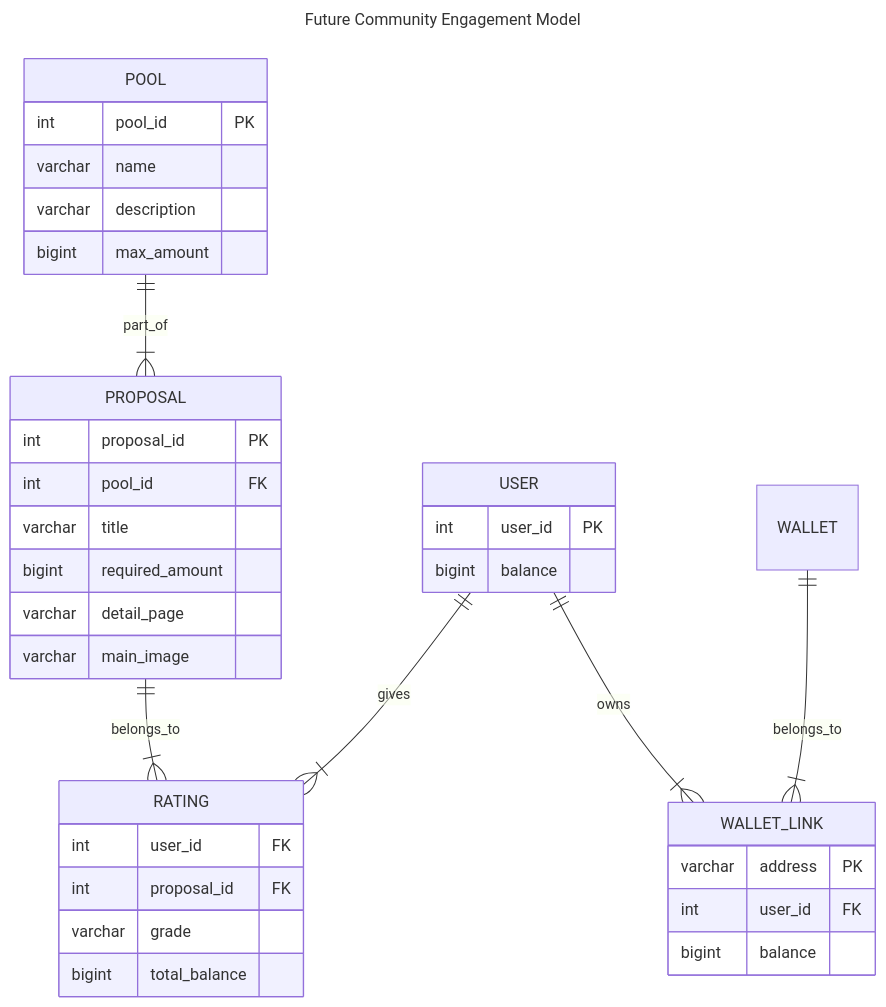
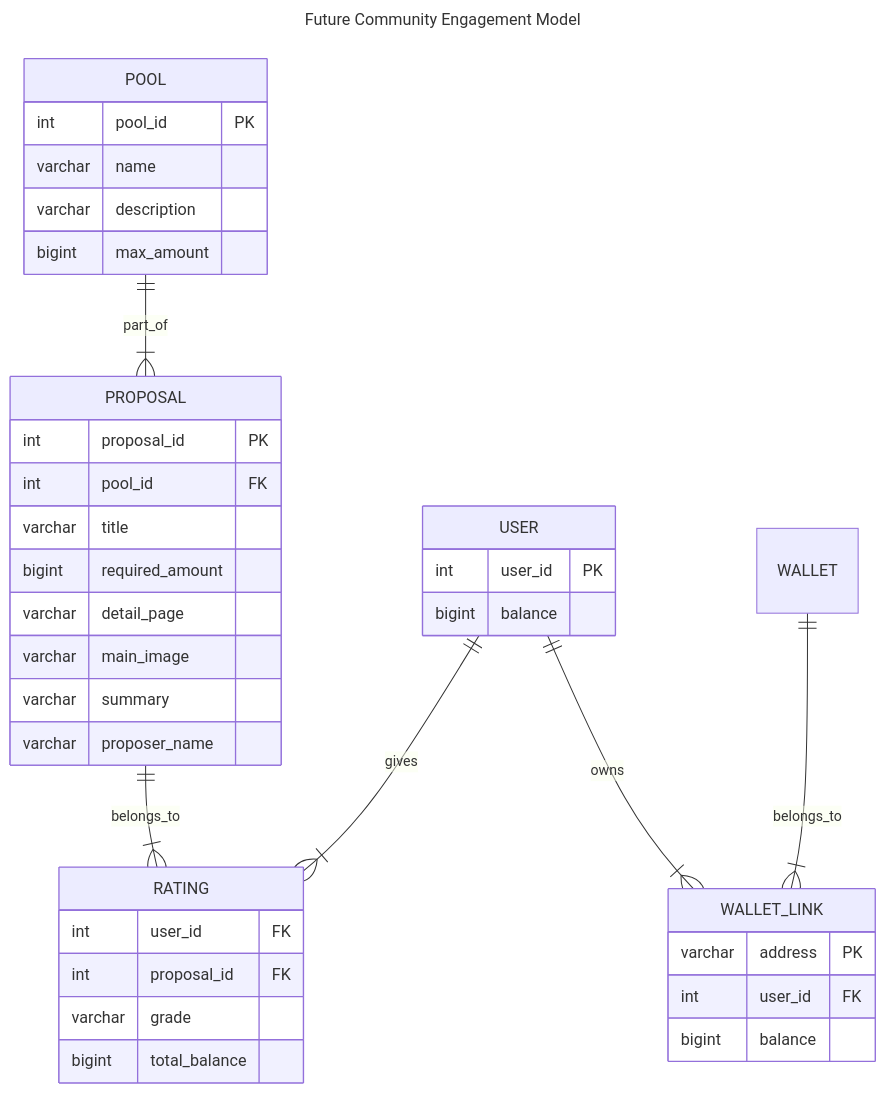
One commit to Photrek/Community-Governance changed the third of 3 diagrams in CES_MVP/README.md. Above: the diagram before and after it, drawn with Mermaid. The commit also changed other lines of this file and 12 other files, not shown here.

````diff
--- a/CES_MVP/README.md
+++ b/CES_MVP/README.md
@@ -67,46 +67,54 @@
 ```mermaid
 ---
 title: Future Community Engagement Model
 ---
 erDiagram
 
+    %% data from voting portal
     POOL {
         int pool_id PK
         varchar name
         varchar description
         bigint max_amount
     }
 
     USER {
         int user_id PK
         bigint balance
     }
 
     RATING {
         int user_id FK
         int proposal_id FK
         varchar grade
         bigint total_balance
     }
 
+
+    %% data from voting portal
     PROPOSAL {
         int proposal_id PK
         int pool_id FK
         varchar title
-        bigint required_amount
+        
+        %% or maybe requested_amount
+        bigint required_amount 
+
         varchar detail_page
         varchar main_image
+        varchar summary
+        varchar proposer_name
     }
 
     WALLET_LINK {
         varchar address PK
         int user_id FK
         bigint balance
     }
 
     WALLET ||--|{ WALLET_LINK : belongs_to
     USER ||--|{ WALLET_LINK : owns
     USER ||--|{ RATING : gives
     PROPOSAL  ||--|{ RATING : belongs_to
     POOL ||--|{ PROPOSAL : part_of
 ```
````
